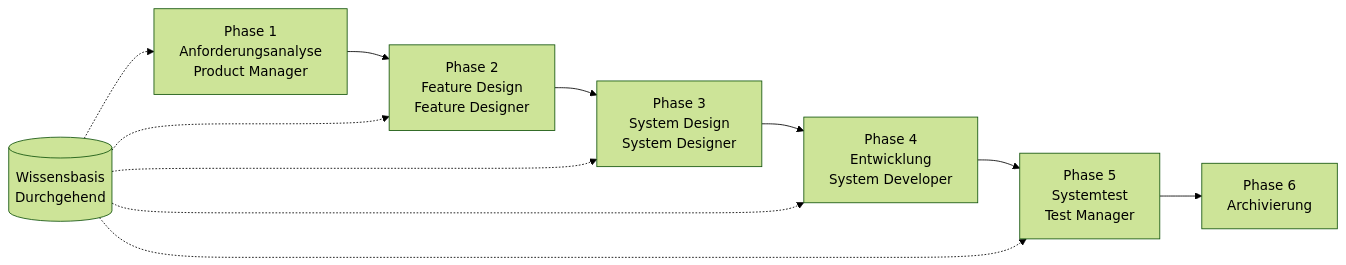
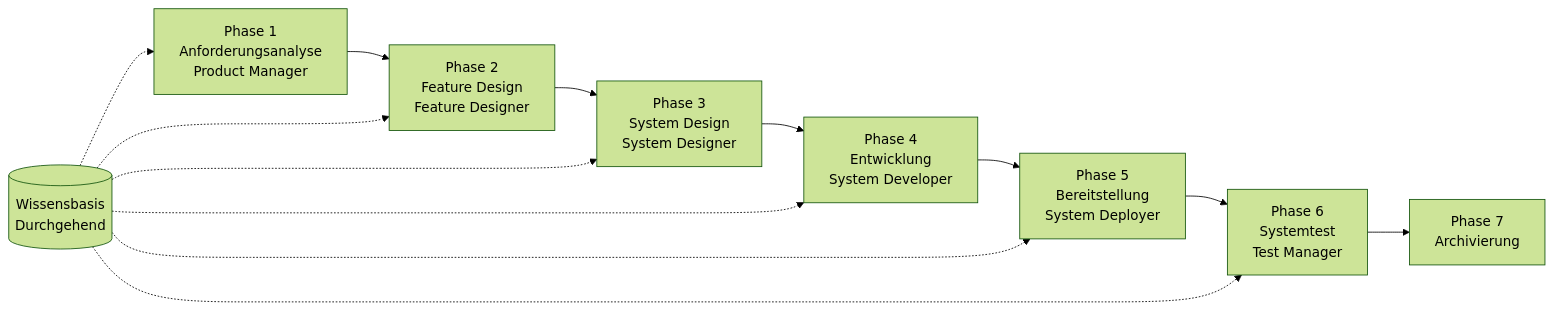
One commit to charlesmu99/speccrew changed the diagram in docs/GETTING-STARTED.de.md. Above: the diagram before and after it, drawn with Mermaid (forest theme). The commit also changed other lines of this file and 35 other files, not shown here.

````diff
--- a/docs/GETTING-STARTED.de.md
+++ b/docs/GETTING-STARTED.de.md
@@ -144,14 +144,16 @@
 ```mermaid
 flowchart LR
     PRD[Phase 1<br/>Anforderungsanalyse<br/>Product Manager] --> FD[Phase 2<br/>Feature Design<br/>Feature Designer]
     FD --> SD[Phase 3<br/>System Design<br/>System Designer]
     SD --> DEV[Phase 4<br/>Entwicklung<br/>System Developer]
-    DEV --> TEST[Phase 5<br/>Systemtest<br/>Test Manager]
-    TEST --> ARCHIVE[Phase 6<br/>Archivierung]
+    DEV --> DEPLOY[Phase 5<br/>Bereitstellung<br/>System Deployer]
+    DEPLOY --> TEST[Phase 6<br/>Systemtest<br/>Test Manager]
+    TEST --> ARCHIVE[Phase 7<br/>Archivierung]
     
     KB[(Wissensbasis<br/>Durchgehend)] -.-> PRD
     KB -.-> FD
     KB -.-> SD
     KB -.-> DEV
+    KB -.-> DEPLOY
     KB -.-> TEST
 ```
````
